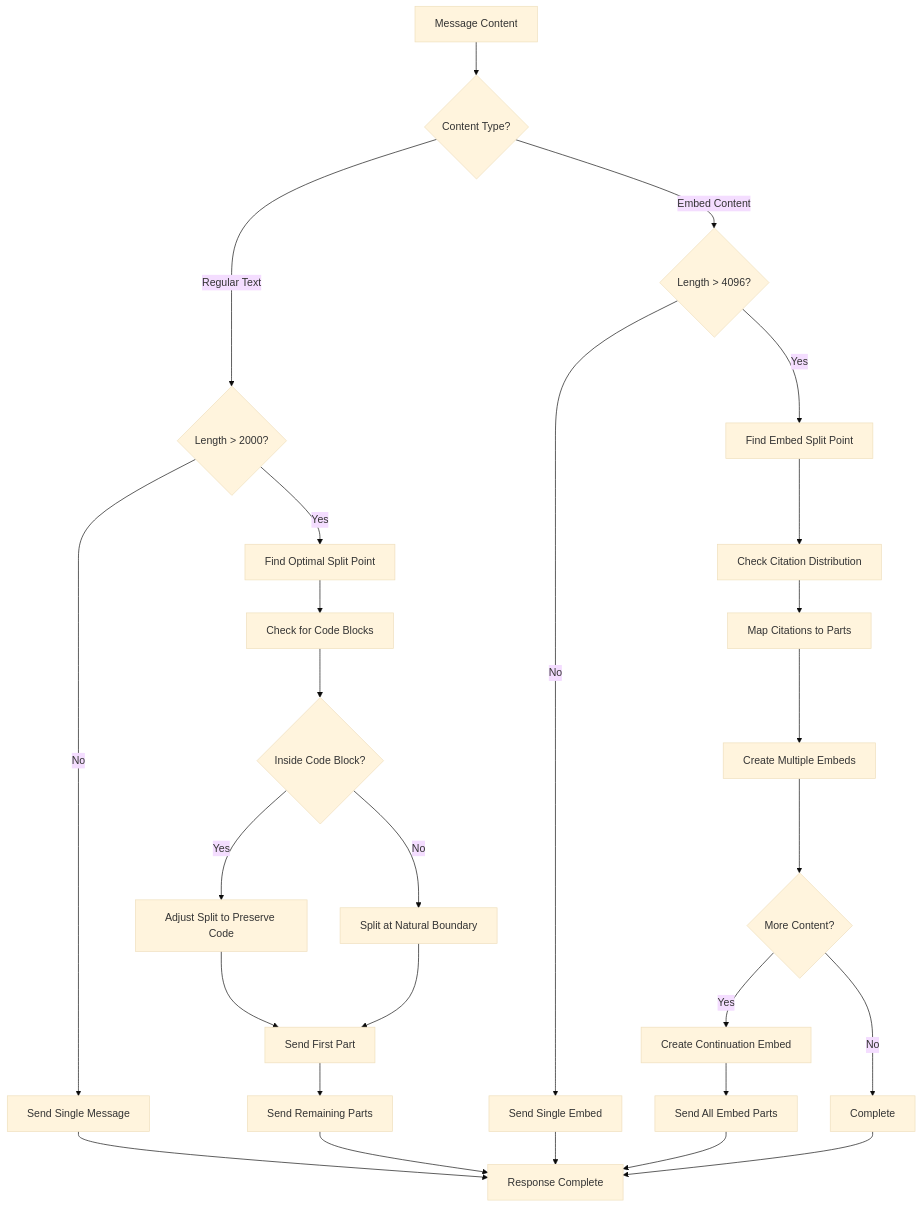
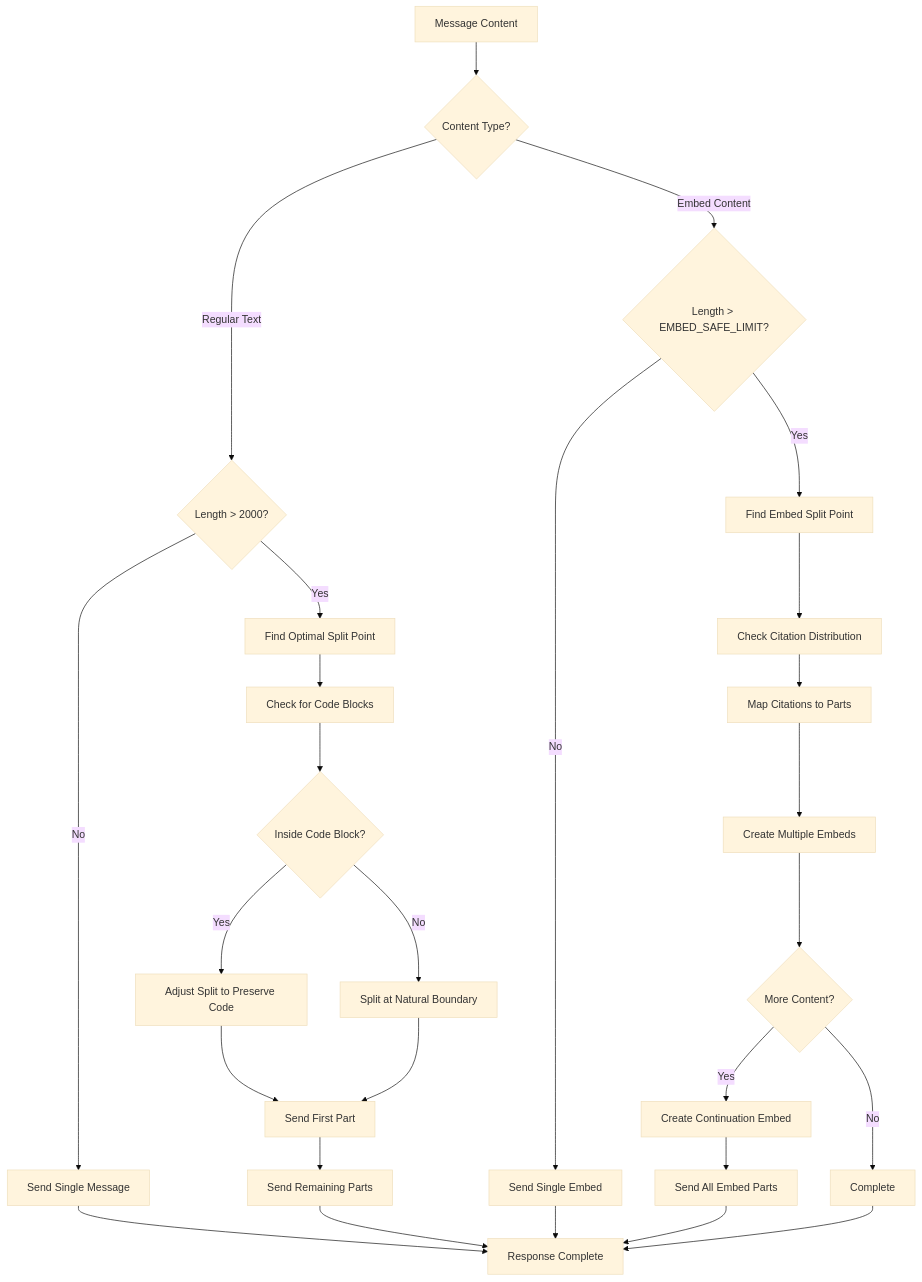
Before and after one commit to johndotpub/DiscordianAI: the first of 3 diagrams in docs/MessageSplitting.md, drawn with Mermaid (base theme). The commit also changed other lines of this file and 11 other files, not shown here.

````diff
--- a/docs/MessageSplitting.md
+++ b/docs/MessageSplitting.md
@@ -21,37 +33,37 @@
 ```mermaid
 flowchart TD
     A[Message Content] --> B{Content Type?}
     
     B -->|Regular Text| C{Length > 2000?}
-    B -->|Embed Content| D{Length > 4096?}
+    B -->|Embed Content| D{Length > EMBED_SAFE_LIMIT?}
     
     C -->|No| E[Send Single Message]
     C -->|Yes| F[Find Optimal Split Point]
     
     D -->|No| G[Send Single Embed]
     D -->|Yes| H[Find Embed Split Point]
     
     F --> I[Check for Code Blocks]
     H --> J[Check Citation Distribution]
     
     I --> K{Inside Code Block?}
     K -->|Yes| L[Adjust Split to Preserve Code]
     K -->|No| M[Split at Natural Boundary]
     
     J --> N[Map Citations to Parts]
     N --> O[Create Multiple Embeds]
     O --> P{More Content?}
     P -->|Yes| Q[Create Continuation Embed]
     P -->|No| R[Complete]
     
     L --> S[Send First Part]
     M --> S
     S --> T[Send Remaining Parts]
     
     G --> U[Response Complete]
     E --> U
     T --> U
     R --> U
     Q --> V[Send All Embed Parts]
     V --> U
 ```
````
